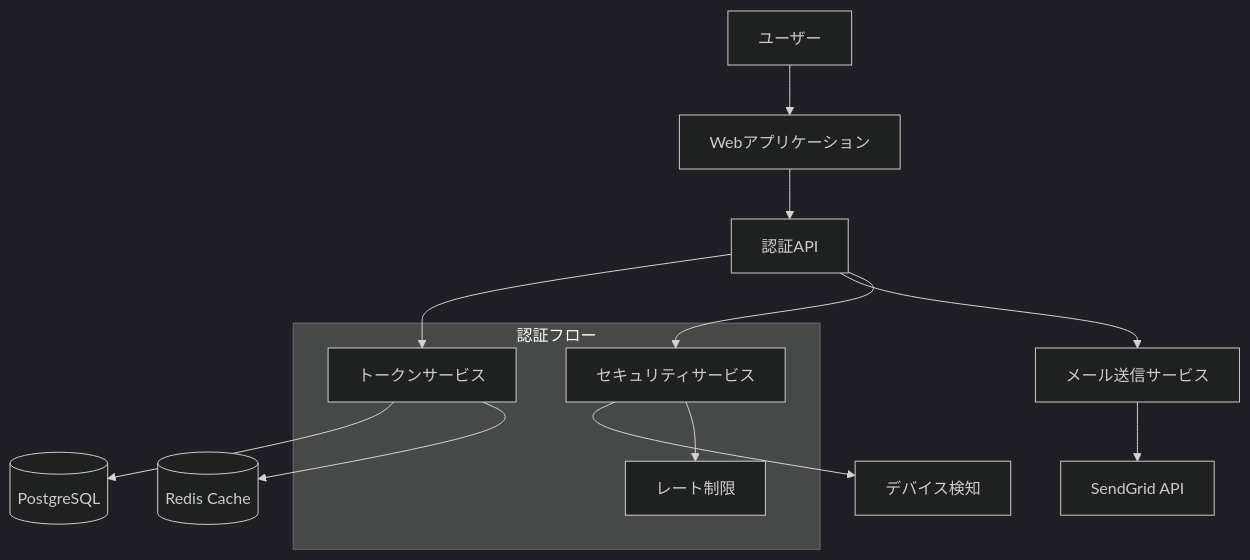
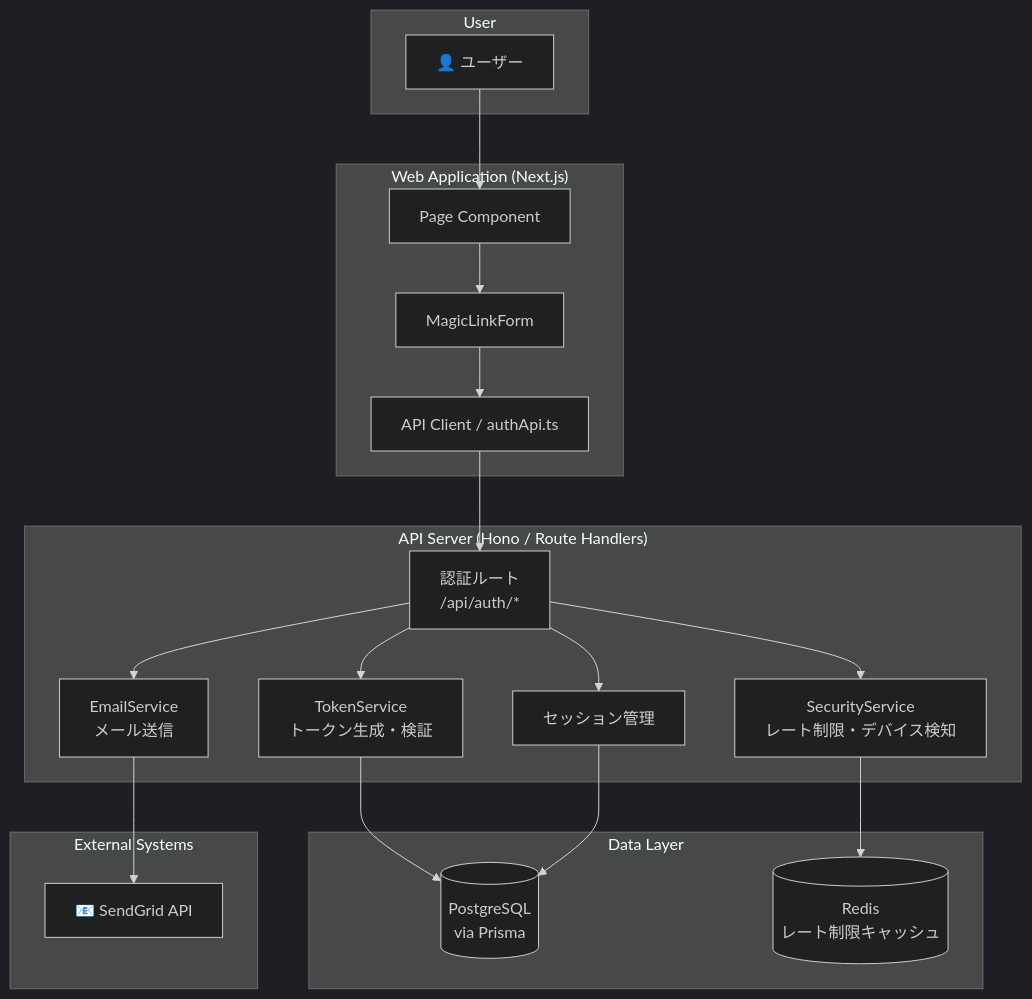
The first of 14 diagrams in docs/einja/example/specs/issues/issue999-example-task/design.md (einja-inc/einja-management-template), drawn with Mermaid (dark theme) before and after one commit. The commit also changed other lines of this file and 7 other files, not shown here.

````diff
--- a/docs/einja/example/specs/issues/issue999-example-task/design.md
+++ b/docs/einja/example/specs/issues/issue999-example-task/design.md
@@ -11,20 +34,42 @@
 ```mermaid
 graph TB
-    User[ユーザー] --> WebApp[Webアプリケーション]
-    WebApp --> AuthAPI[認証API]
-    AuthAPI --> TokenService[トークンサービス]
-    AuthAPI --> EmailService[メール送信サービス]
-    TokenService --> DB[(PostgreSQL)]
-    TokenService --> Redis[(Redis Cache)]
-    EmailService --> SendGrid[SendGrid API]
-    
-    AuthAPI --> SecurityService[セキュリティサービス]
-    SecurityService --> DeviceDetector[デバイス検知]
-    SecurityService --> RateLimit[レート制限]
-    
-    subgraph 認証フロー
-        TokenService
-        SecurityService
-        RateLimit
+    subgraph "User"
+        U[👤 ユーザー]
     end
+
+    subgraph "Web Application (Next.js)"
+        Page[Page Component]
+        Form[MagicLinkForm]
+        Client[API Client / authApi.ts]
+    end
+
+    subgraph "API Server (Hono / Route Handlers)"
+        AuthRoute[認証ルート<br/>/api/auth/*]
+        TokenService[TokenService<br/>トークン生成・検証]
+        EmailSvc[EmailService<br/>メール送信]
+        SecuritySvc[SecurityService<br/>レート制限・デバイス検知]
+        SessionMgr[セッション管理]
+    end
+
+    subgraph "Data Layer"
+        DB[(PostgreSQL<br/>via Prisma)]
+        Redis[(Redis<br/>レート制限キャッシュ)]
+    end
+
+    subgraph "External Systems"
+        SendGrid[📧 SendGrid API]
+    end
+
+    U --> Page
+    Page --> Form
+    Form --> Client
+    Client --> AuthRoute
+    AuthRoute --> TokenService
+    AuthRoute --> EmailSvc
+    AuthRoute --> SecuritySvc
+    AuthRoute --> SessionMgr
+    TokenService --> DB
+    SessionMgr --> DB
+    SecuritySvc --> Redis
+    EmailSvc --> SendGrid
 ```
````
